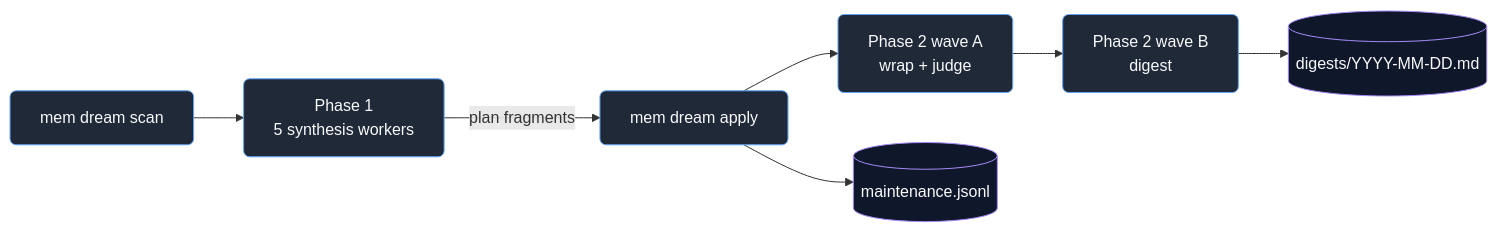
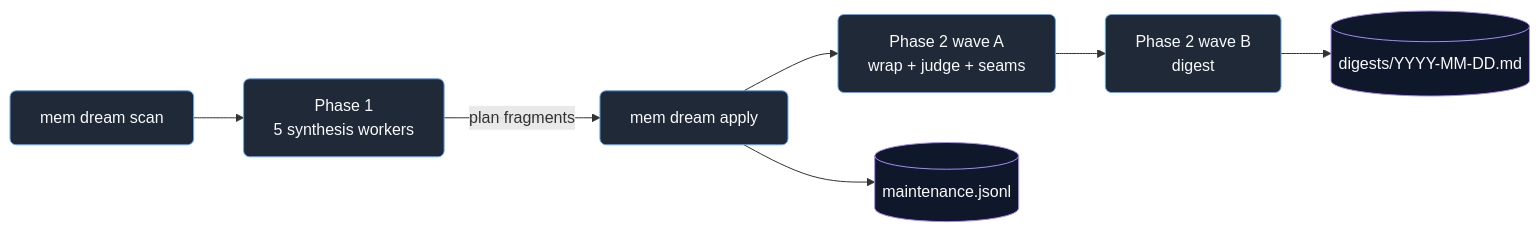
One commit to marekpal97/thinkweave changed the third of 4 diagrams in ARCHITECTURE.md. Above: the diagram before and after it, drawn with Mermaid. The commit also changed other lines of this file and 1 other file, not shown here.

First line of the commit message:
docs: refresh CLAUDE.md + ARCHITECTURE.md for phase-2 hygiene

````diff
--- a/ARCHITECTURE.md
+++ b/ARCHITECTURE.md
@@ -122,11 +122,11 @@
 ```mermaid
 flowchart LR
     classDef st fill:#1f2937,stroke:#60a5fa,color:#f9fafb,rx:6,ry:6
     classDef store fill:#0f172a,stroke:#a78bfa,color:#f9fafb,rx:6,ry:6
     SC[mem dream scan]:::st --> P1[Phase 1<br/>5 synthesis workers]:::st
     P1 -->|plan fragments| AP[mem dream apply]:::st
-    AP --> P2A[Phase 2 wave A<br/>wrap + judge]:::st
+    AP --> P2A[Phase 2 wave A<br/>wrap + judge + seams]:::st
     P2A --> P2B[Phase 2 wave B<br/>digest]:::st
     AP --> ML[(maintenance.jsonl)]:::store
     P2B --> DG[(digests/YYYY-MM-DD.md)]:::store
 ```
````
